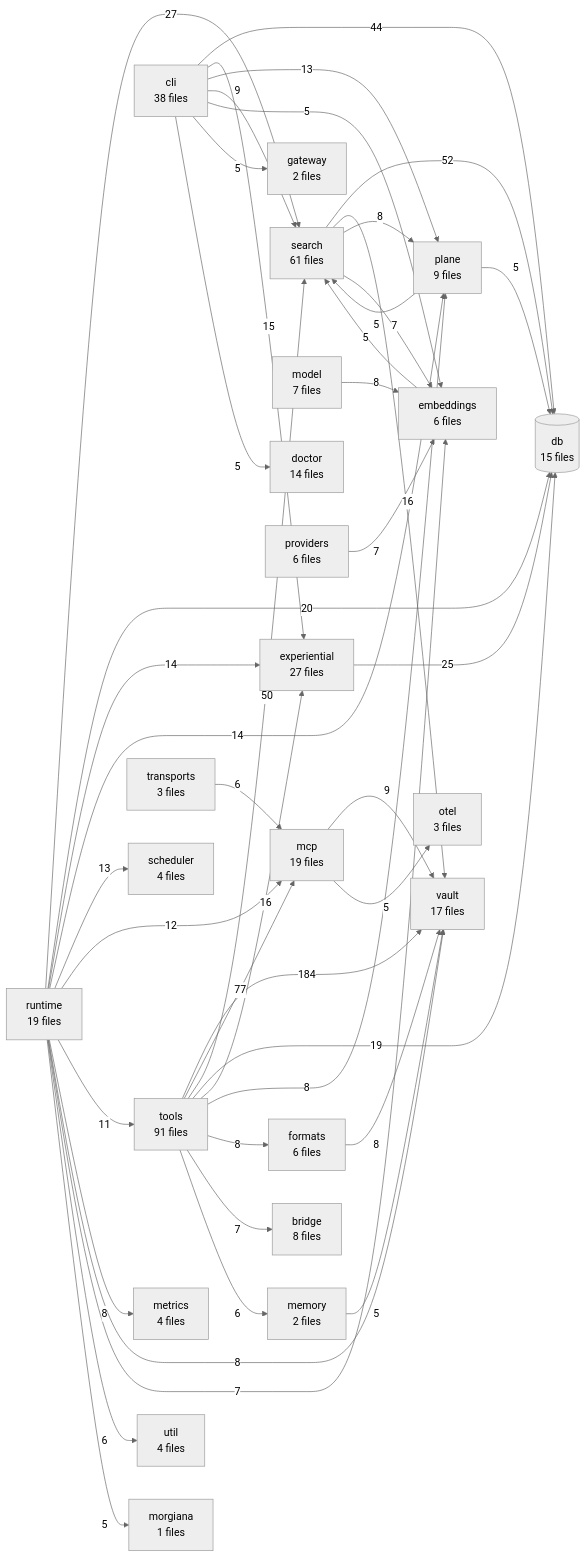
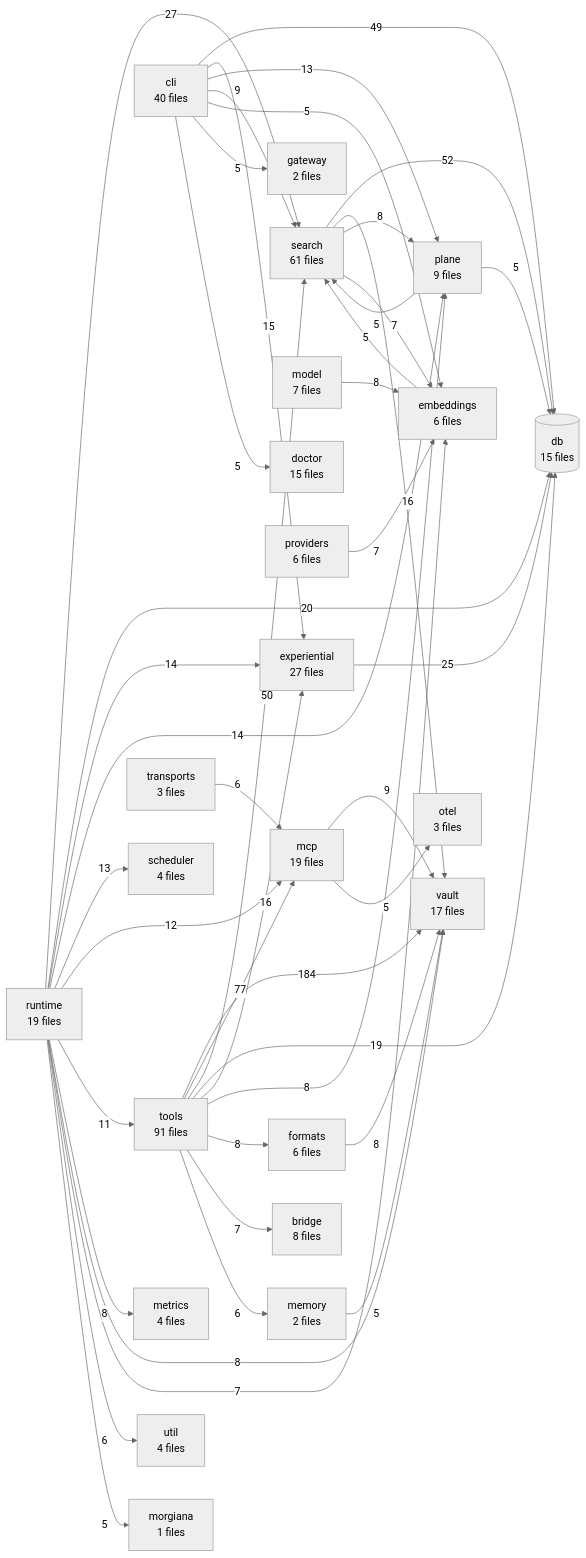
The diagram in TREE.md (The-40-Thieves/obsidian-tc), drawn with Mermaid (neutral theme) before and after one commit. The commit also changed other lines of this file and 2 other files, not shown here.

First line of the commit message:
chore: regenerate TREE.md, dependency graph, and decisions index (THE-1039)

````diff
--- a/TREE.md
+++ b/TREE.md
@@ -309,70 +309,70 @@
 ```mermaid
 flowchart LR
   tools[tools<br/>91 files]
   search[search<br/>61 files]
-  cli[cli<br/>38 files]
+  cli[cli<br/>40 files]
   experiential[experiential<br/>27 files]
   mcp[mcp<br/>19 files]
   runtime[runtime<br/>19 files]
   vault[vault<br/>17 files]
   db[(db<br/>15 files)]
-  doctor[doctor<br/>14 files]
+  doctor[doctor<br/>15 files]
   plane[plane<br/>9 files]
   bridge[bridge<br/>8 files]
   model[model<br/>7 files]
   embeddings[embeddings<br/>6 files]
   formats[formats<br/>6 files]
   providers[providers<br/>6 files]
   metrics[metrics<br/>4 files]
   scheduler[scheduler<br/>4 files]
   util[util<br/>4 files]
   otel[otel<br/>3 files]
   transports[transports<br/>3 files]
   gateway[gateway<br/>2 files]
   memory[memory<br/>2 files]
   morgiana[morgiana<br/>1 files]
 
   tools -->|184| vault
   tools -->|77| mcp
   search -->|52| db
   tools -->|50| search
-  cli -->|44| db
+  cli -->|49| db
   runtime -->|27| search
   experiential -->|25| db
   runtime -->|20| db
   tools -->|19| db
   search -->|16| vault
   tools -->|16| experiential
   cli -->|15| experiential
   runtime -->|14| experiential
   runtime -->|14| plane
   cli -->|13| plane
   runtime -->|13| scheduler
   runtime -->|12| mcp
   runtime -->|11| tools
   cli -->|9| search
   mcp -->|9| vault
   formats -->|8| vault
   model -->|8| embeddings
   runtime -->|8| metrics
   runtime -->|8| vault
   search -->|8| plane
   tools -->|8| plane
   tools -->|8| formats
   providers -->|7| embeddings
   runtime -->|7| embeddings
   search -->|7| embeddings
   tools -->|7| bridge
   runtime -->|6| util
   tools -->|6| memory
   transports -->|6| mcp
   cli -->|5| embeddings
   cli -->|5| gateway
   cli -->|5| doctor
   embeddings -->|5| search
   mcp -->|5| otel
   memory -->|5| vault
   plane -->|5| db
   plane -->|5| search
   runtime -->|5| morgiana
 ```
````
